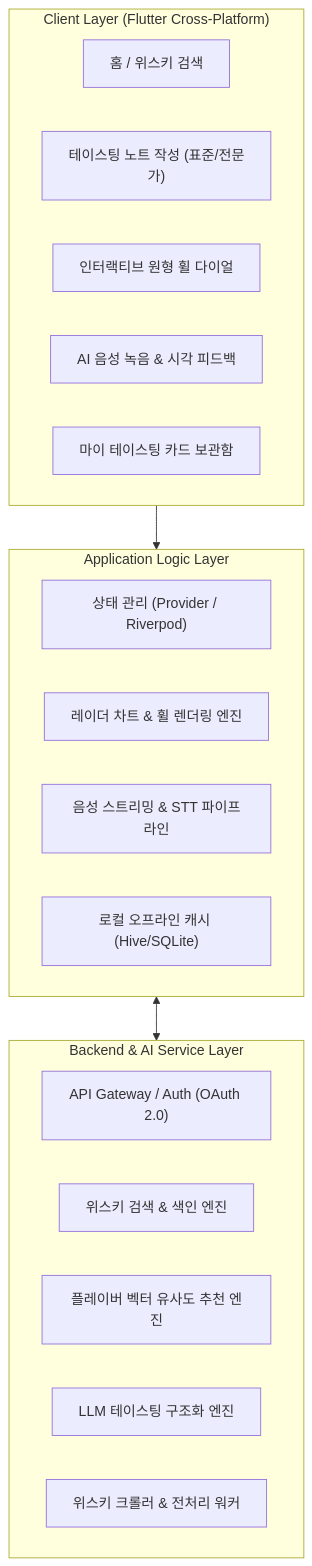
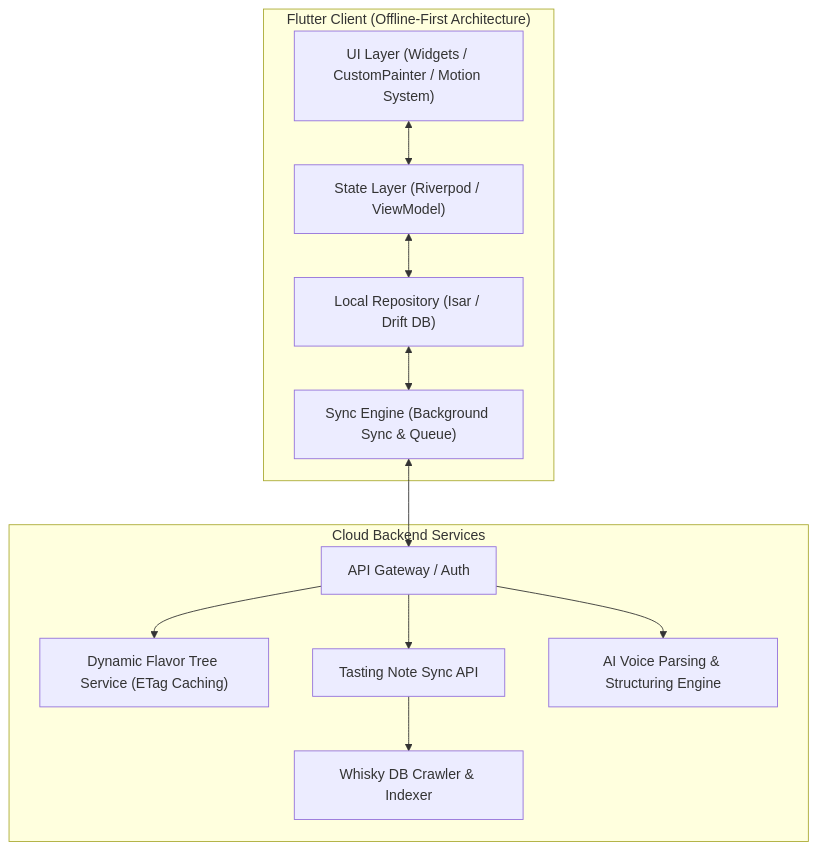
The third of 4 diagrams in README.md (chanhooop/FlavorWheel), drawn with Mermaid before and after one commit. The commit also changed other lines of this file and 1 other file, not shown here.

Commit message:
feat: Offline-First 및 동적 N-Depth 향미 트리, 60fps 모션 시스템 설계서 및 프로토타입 반영

````diff
--- a/README.md
+++ b/README.md
@@ -68,28 +152,27 @@
 ```mermaid
 graph TB
-    subgraph ClientLayer ["Client Layer (Flutter Cross-Platform)"]
-        UI_Home["홈 / 위스키 검색"]
-        UI_Tasting["테이스팅 노트 작성 (표준/전문가)"]
-        UI_Wheel["인터랙티브 원형 휠 다이얼"]
-        UI_AI["AI 음성 녹음 & 시각 피드백"]
-        UI_Archive["마이 테이스팅 카드 보관함"]
+    subgraph Client ["Flutter Client (Offline-First Architecture)"]
+        UI["UI Layer (Widgets / CustomPainter / Motion System)"]
+        State["State Layer (Riverpod / ViewModel)"]
+        SyncEngine["Sync Engine (Background Sync & Queue)"]
+        LocalRepository["Local Repository (Isar / Drift DB)"]
+
+        UI <--> State
+        State <--> LocalRepository
+        LocalRepository <--> SyncEngine
     end
 
-    subgraph LogicLayer ["Application Logic Layer"]
-        StateManager["상태 관리 (Provider / Riverpod)"]
-        ChartEngine["레이더 차트 & 휠 렌더링 엔진"]
-        AudioPipeline["음성 스트리밍 & STT 파이프라인"]
-        LocalCache["로컬 오프라인 캐시 (Hive/SQLite)"]
+    subgraph RemoteBackend ["Cloud Backend Services"]
+        Gateway["API Gateway / Auth"]
+        TreeService["Dynamic Flavor Tree Service (ETag Caching)"]
+        NoteService["Tasting Note Sync API"]
+        LLMWorker["AI Voice Parsing & Structuring Engine"]
+        CrawlerEngine["Whisky DB Crawler & Indexer"]
     end
 
-    subgraph ServiceLayer ["Backend & AI Service Layer"]
-        API_Gateway["API Gateway / Auth (OAuth 2.0)"]
-        Whisky_Search["위스키 검색 & 색인 엔진"]
-        Recommend_Engine["플레이버 벡터 유사도 추천 엔진"]
-        AI_Summarizer["LLM 테이스팅 구조화 엔진"]
-        Crawler_Worker["위스키 크롤러 & 전처리 워커"]
-    end
-
-    ClientLayer --> LogicLayer
-    LogicLayer <--> ServiceLayer
+    SyncEngine <--> Gateway
+    Gateway --> TreeService
+    Gateway --> NoteService
+    Gateway --> LLMWorker
+    NoteService --> CrawlerEngine
 ```
````
